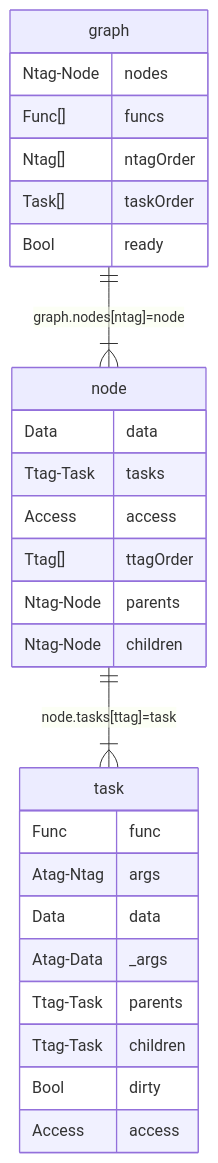
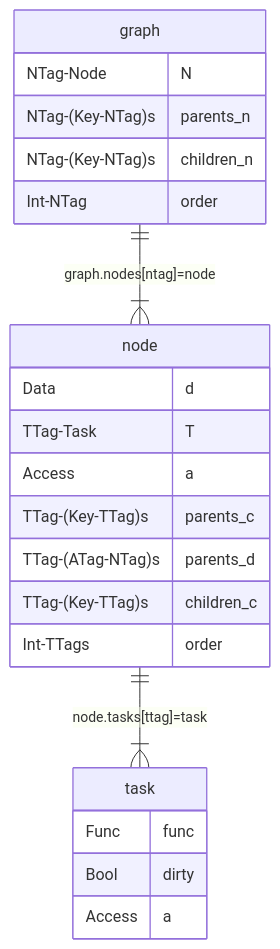
Before and after one commit to ShilianShen/SoftDep: the diagram in docs/erdiagram.lua.md, drawn with Mermaid. The commit also changed 7 other files, not shown here.

````diff
--- a/docs/erdiagram.lua.md
+++ b/docs/erdiagram.lua.md
@@ -1,31 +1,26 @@
 ```mermaid
 erDiagram
     graph {
-        Ntag-Node nodes
-        Func[] funcs
-        Ntag[] ntagOrder
-        Task[] taskOrder
-        Bool ready
+        NTag-Node N
+        NTag-(Key-NTag)s parents_n
+        NTag-(Key-NTag)s children_n
+        Int-NTag order
     }
     node {
-        Data data
-        Ttag-Task tasks
-        Access access
-        Ttag[] ttagOrder
-        Ntag-Node parents
-        Ntag-Node children
+        Data d
+        TTag-Task T
+        Access a
+        TTag-(Key-TTag)s parents_c
+        TTag-(ATag-NTag)s parents_d
+        TTag-(Key-TTag)s children_c
+        Int-TTags order
     }
     task {
         Func func
-        Atag-Ntag args
-        Data data
-        Atag-Data _args
-        Ttag-Task parents
-        Ttag-Task children
         Bool dirty
-        Access access
+        Access a
     }
 
     graph ||--|{ node : "graph.nodes[ntag]=node"
     node ||--|{ task : "node.tasks[ttag]=task"
 ```
````
